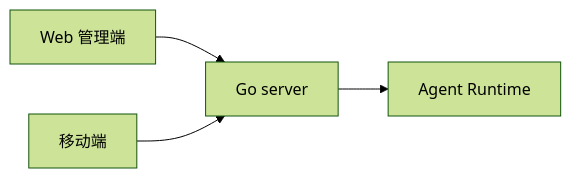
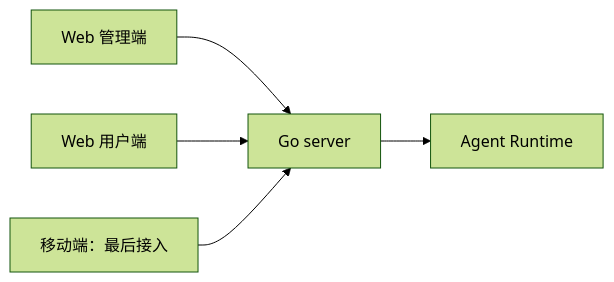
One commit to Lq0412/xa changed the first of 4 diagrams in docs/product-flow.md. Above: the diagram before and after it, drawn with Mermaid (forest theme). The commit also changed other lines of this file and 38 other files, not shown here.

```diff
--- a/docs/product-flow.md
+++ b/docs/product-flow.md
@@ -7,6 +7,7 @@
 ~~~mermaid
 flowchart LR
     Web[Web 管理端] --> Server[Go server]
-    Mobile[移动端] --> Server
+    UserWeb[Web 用户端] --> Server
+    Mobile[移动端：最后接入] --> Server
     Server --> Runtime[Agent Runtime]
 ~~~
```
